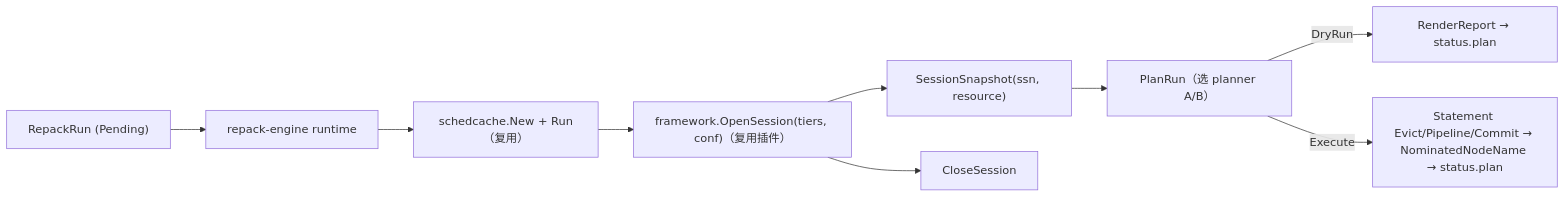
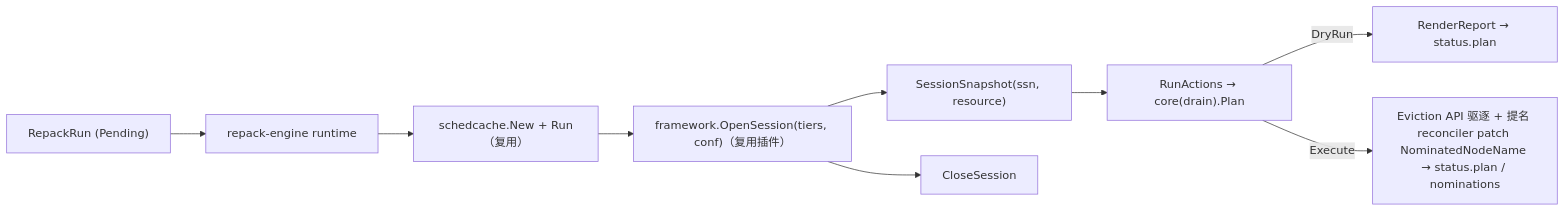
The fifth of 21 diagrams in docs/design/repack-policy-design.md (wangyang0616/volcano), drawn with Mermaid before and after one commit. The commit also changed other lines of this file and 16 other files, not shown here.

````diff
--- a/docs/design/repack-policy-design.md
+++ b/docs/design/repack-policy-design.md
@@ -1022,11 +1022,11 @@
 ```mermaid
 flowchart LR
     RUN["RepackRun (Pending)"] --> RT["repack-engine runtime"]
     RT --> C["schedcache.New + Run（复用）"]
     C --> OS["framework.OpenSession(tiers, conf)（复用插件）"]
     OS --> SS["SessionSnapshot(ssn, resource)"]
-    SS --> PR["PlanRun（选 planner A/B）"]
+    SS --> PR["RunActions → core(drain).Plan"]
     PR -->|DryRun| RP["RenderReport → status.plan"]
-    PR -->|Execute| ST["Statement Evict/Pipeline/Commit → NominatedNodeName → status.plan"]
+    PR -->|Execute| ST["Eviction API 驱逐 + 提名 reconciler patch NominatedNodeName → status.plan / nominations"]
     OS --> CL["CloseSession"]
 ```
````
